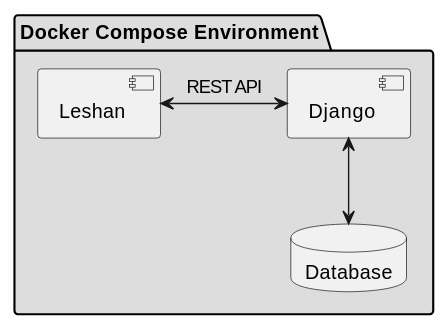
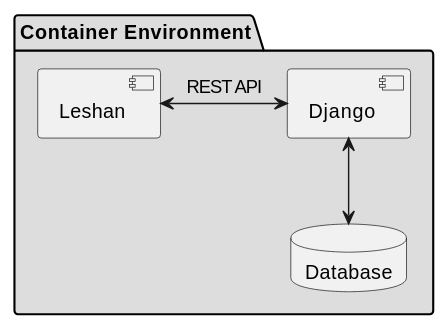
The diagram in doc/source/deploy.rst (flownexus-lwm2m/flownexus), drawn with PlantUML before and after one commit. The commit also changed other lines of this file and 11 other files, not shown here.

First line of the commit message:
Simulation/Container: Switch from Docker to Podman

```diff
--- a/doc/source/deploy.rst
+++ b/doc/source/deploy.rst
@@ -59,12 +59,12 @@
   .. uml::
-   :caption: Both components running in one machine using Docker Compose
+   :caption: Both components running in one machine using Podman Compose
 
    @startuml
-   package "Docker Compose Environment"  #DDDDDD {
+   package "Container Environment"  #DDDDDD {
      [Leshan] as Leshan
      [Django] as Django
      database "Database" as DB
      Leshan <-right-> Django : REST API
      Django <-down-> DB
    }
    @enduml
```
